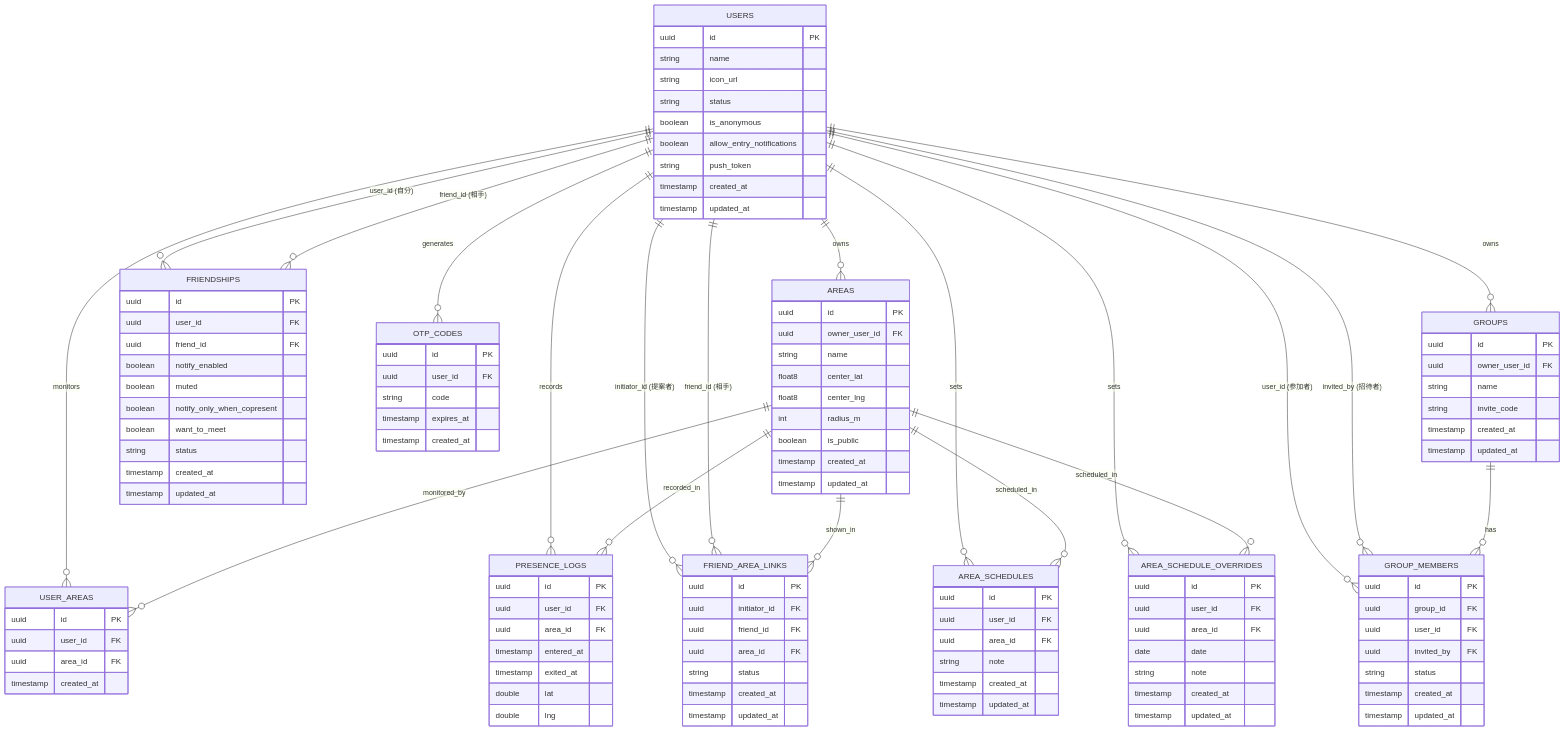
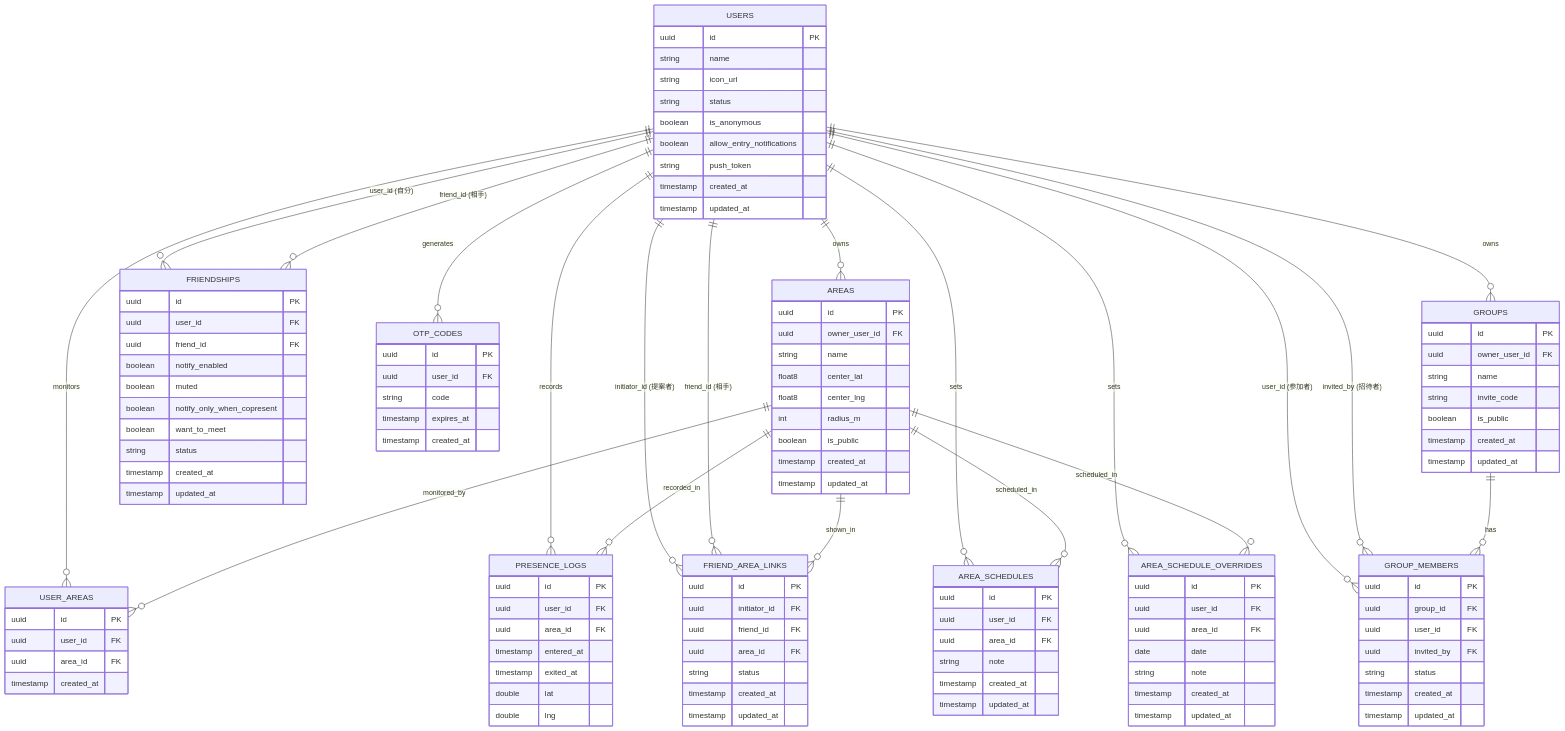
One commit to ochi06/oruca changed the diagram in docs/schema.md. Above: the diagram before and after it, drawn with Mermaid. The commit also changed other lines of this file and 6 other files, not shown here.

```diff
--- a/docs/schema.md
+++ b/docs/schema.md
@@ -87,6 +87,7 @@
     uuid owner_user_id FK
     string name
     string invite_code
+    boolean is_public
     timestamp created_at
     timestamp updated_at
   }
```
